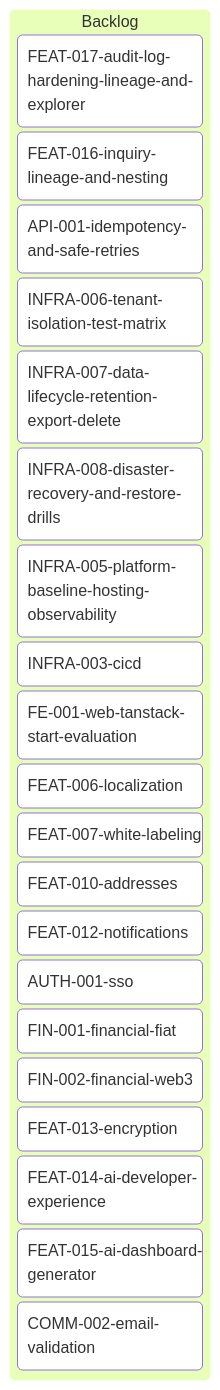
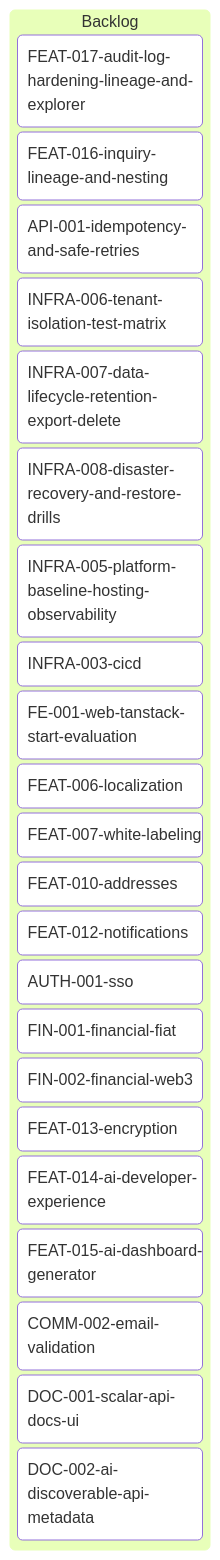
Before and after one commit to inixiative/template: the diagram in tickets/kanban-backlog.md, drawn with Mermaid. The commit also changed other lines of this file and 2 other files, not shown here.

First line of the commit message:
Add DOC-001 (Scalar API docs) and DOC-002 (AI-discoverable metadata) tickets

````diff
--- a/tickets/kanban-backlog.md
+++ b/tickets/kanban-backlog.md
@@ -3,29 +3,31 @@
 ```mermaid
 ---
 config:
   kanban:
     ticketBaseUrl: 'https://github.com/yourorg/template/blob/main/tickets/#TICKET#'
 ---
 kanban
   Backlog
     FEAT-017-audit-log-hardening-lineage-and-explorer
     FEAT-016-inquiry-lineage-and-nesting
     API-001-idempotency-and-safe-retries
     INFRA-006-tenant-isolation-test-matrix
     INFRA-007-data-lifecycle-retention-export-delete
     INFRA-008-disaster-recovery-and-restore-drills
     INFRA-005-platform-baseline-hosting-observability
     INFRA-003-cicd
     FE-001-web-tanstack-start-evaluation
     FEAT-006-localization
     FEAT-007-white-labeling
     FEAT-010-addresses
     FEAT-012-notifications
     AUTH-001-sso
     FIN-001-financial-fiat
     FIN-002-financial-web3
     FEAT-013-encryption
     FEAT-014-ai-developer-experience
     FEAT-015-ai-dashboard-generator
     COMM-002-email-validation
+    DOC-001-scalar-api-docs-ui
+    DOC-002-ai-discoverable-api-metadata
 ```
````
